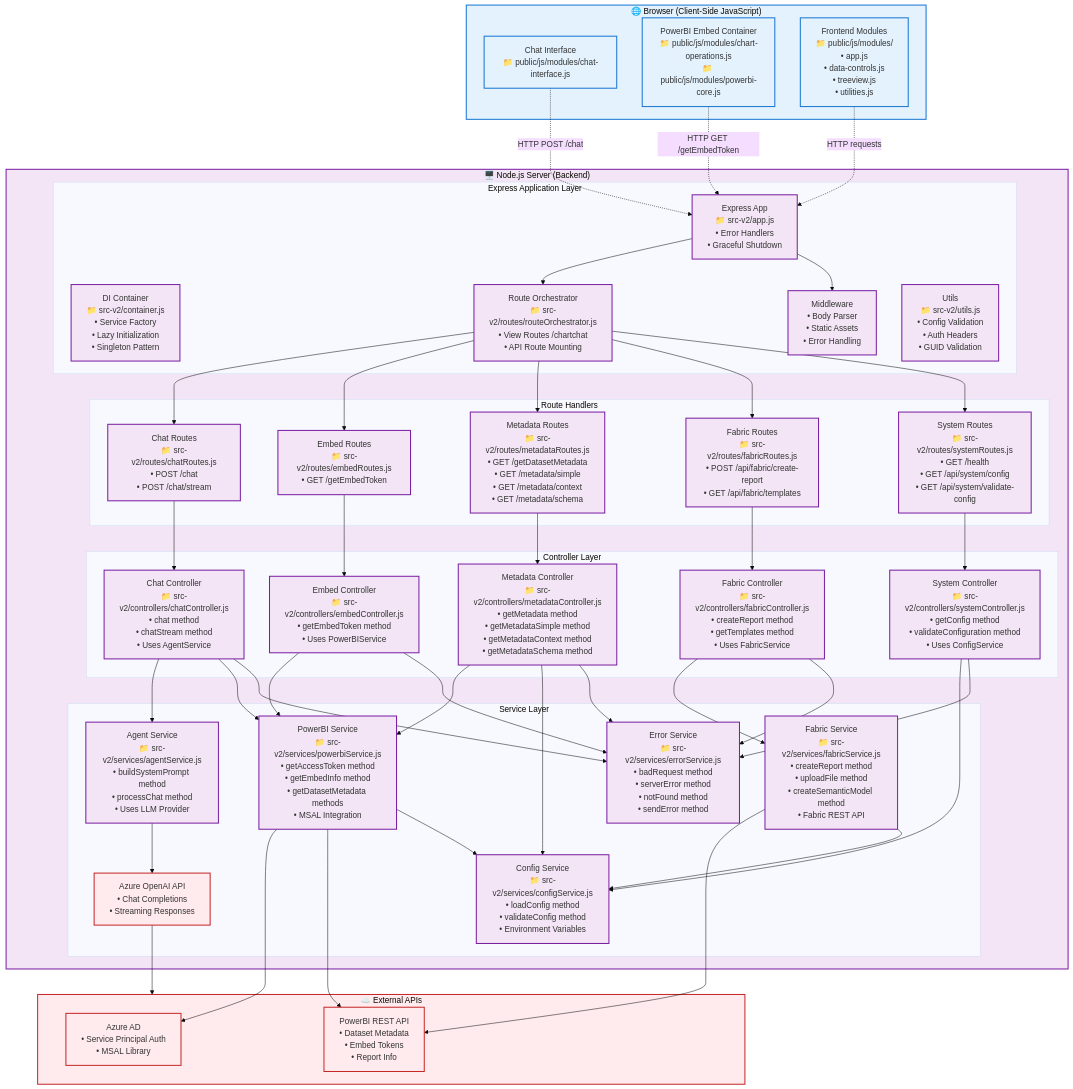
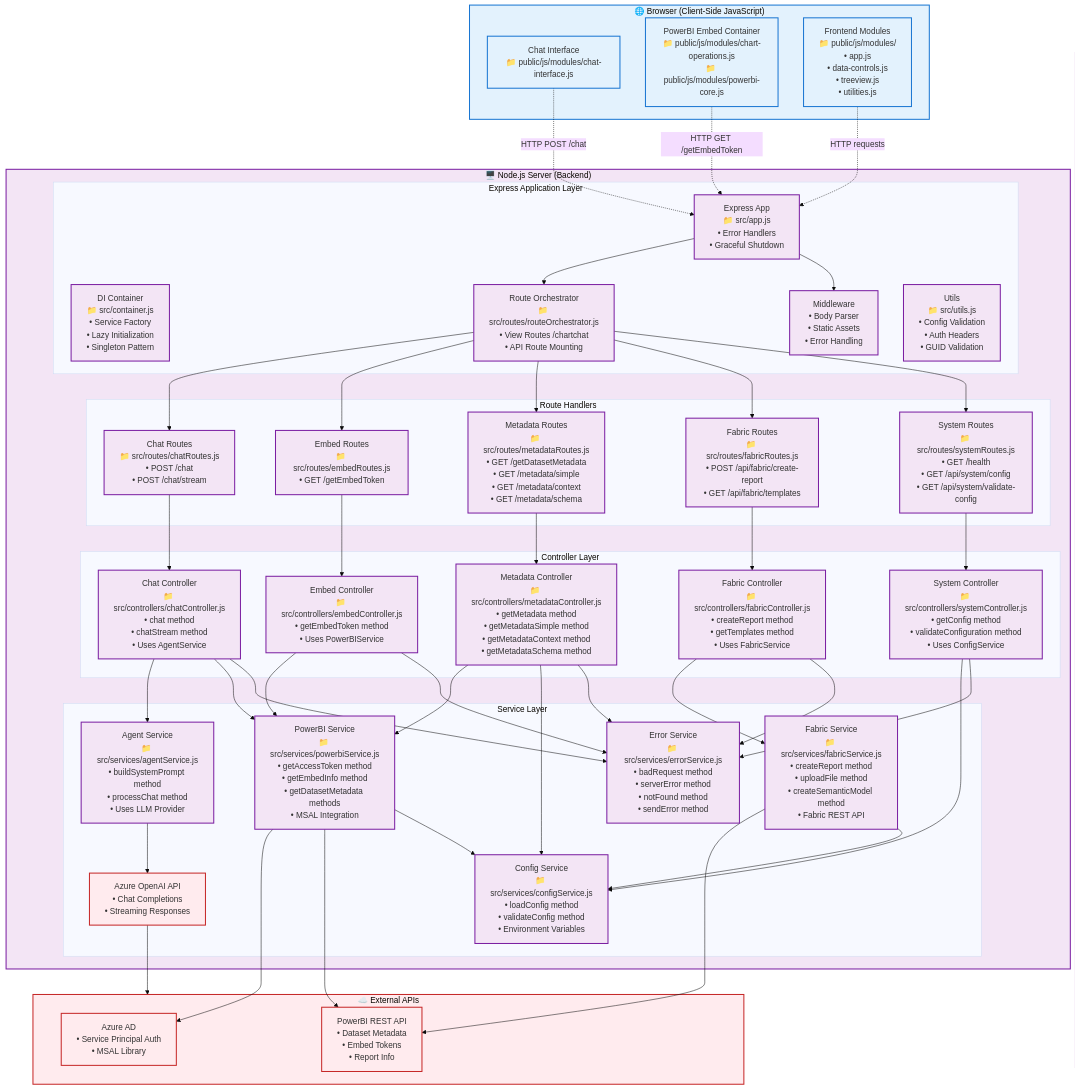
The first of 4 diagrams in ARCHITECTURE.md (markgar/embed-copilot), drawn with Mermaid (base theme) before and after one commit. The commit also changed other lines of this file and 26 other files, not shown here.

```diff
--- a/ARCHITECTURE.md
+++ b/ARCHITECTURE.md
@@ -12,36 +12,36 @@
 
     subgraph NodeServer["🖥️ Node.js Server (Backend)"]
         subgraph "Express Application Layer"
-            App["Express App<br/>📁 src-v2/app.js<br/>• Error Handlers<br/>• Graceful Shutdown"]
-            Container["DI Container<br/>📁 src-v2/container.js<br/>• Service Factory<br/>• Lazy Initialization<br/>• Singleton Pattern"]
-            Routes["Route Orchestrator<br/>📁 src-v2/routes/routeOrchestrator.js<br/>• View Routes /chartchat<br/>• API Route Mounting"]
+            App["Express App<br/>📁 src/app.js<br/>• Error Handlers<br/>• Graceful Shutdown"]
+            Container["DI Container<br/>📁 src/container.js<br/>• Service Factory<br/>• Lazy Initialization<br/>• Singleton Pattern"]
+            Routes["Route Orchestrator<br/>📁 src/routes/routeOrchestrator.js<br/>• View Routes /chartchat<br/>• API Route Mounting"]
             Middleware["Middleware<br/>• Body Parser<br/>• Static Assets<br/>• Error Handling"]
-            Utils["Utils<br/>📁 src-v2/utils.js<br/>• Config Validation<br/>• Auth Headers<br/>• GUID Validation"]
+            Utils["Utils<br/>📁 src/utils.js<br/>• Config Validation<br/>• Auth Headers<br/>• GUID Validation"]
         end
 
         subgraph "Route Handlers"
-            ChatRoutes["Chat Routes<br/>📁 src-v2/routes/chatRoutes.js<br/>• POST /chat<br/>• POST /chat/stream"]
-            EmbedRoutes["Embed Routes<br/>📁 src-v2/routes/embedRoutes.js<br/>• GET /getEmbedToken"]
-            MetaRoutes["Metadata Routes<br/>📁 src-v2/routes/metadataRoutes.js<br/>• GET /getDatasetMetadata<br/>• GET /metadata/simple<br/>• GET /metadata/context<br/>• GET /metadata/schema"]
-            FabricRoutes["Fabric Routes<br/>📁 src-v2/routes/fabricRoutes.js<br/>• POST /api/fabric/create-report<br/>• GET /api/fabric/templates"]
-            SysRoutes["System Routes<br/>📁 src-v2/routes/systemRoutes.js<br/>• GET /health<br/>• GET /api/system/config<br/>• GET /api/system/validate-config"]
+            ChatRoutes["Chat Routes<br/>📁 src/routes/chatRoutes.js<br/>• POST /chat<br/>• POST /chat/stream"]
+            EmbedRoutes["Embed Routes<br/>📁 src/routes/embedRoutes.js<br/>• GET /getEmbedToken"]
+            MetaRoutes["Metadata Routes<br/>📁 src/routes/metadataRoutes.js<br/>• GET /getDatasetMetadata<br/>• GET /metadata/simple<br/>• GET /metadata/context<br/>• GET /metadata/schema"]
+            FabricRoutes["Fabric Routes<br/>📁 src/routes/fabricRoutes.js<br/>• POST /api/fabric/create-report<br/>• GET /api/fabric/templates"]
+            SysRoutes["System Routes<br/>📁 src/routes/systemRoutes.js<br/>• GET /health<br/>• GET /api/system/config<br/>• GET /api/system/validate-config"]
         end
 
         subgraph "Controller Layer"
-            ChatCtrl["Chat Controller<br/>📁 src-v2/controllers/chatController.js<br/>• chat method<br/>• chatStream method<br/>• Uses AgentService"]
-            EmbedCtrl["Embed Controller<br/>📁 src-v2/controllers/embedController.js<br/>• getEmbedToken method<br/>• Uses PowerBIService"]
-            MetaCtrl["Metadata Controller<br/>📁 src-v2/controllers/metadataController.js<br/>• getMetadata method<br/>• getMetadataSimple method<br/>• getMetadataContext method<br/>• getMetadataSchema method"]
-            FabricCtrl["Fabric Controller<br/>📁 src-v2/controllers/fabricController.js<br/>• createReport method<br/>• getTemplates method<br/>• Uses FabricService"]
-            SysCtrl["System Controller<br/>📁 src-v2/controllers/systemController.js<br/>• getConfig method<br/>• validateConfiguration method<br/>• Uses ConfigService"]
+            ChatCtrl["Chat Controller<br/>📁 src/controllers/chatController.js<br/>• chat method<br/>• chatStream method<br/>• Uses AgentService"]
+            EmbedCtrl["Embed Controller<br/>📁 src/controllers/embedController.js<br/>• getEmbedToken method<br/>• Uses PowerBIService"]
+            MetaCtrl["Metadata Controller<br/>📁 src/controllers/metadataController.js<br/>• getMetadata method<br/>• getMetadataSimple method<br/>• getMetadataContext method<br/>• getMetadataSchema method"]
+            FabricCtrl["Fabric Controller<br/>📁 src/controllers/fabricController.js<br/>• createReport method<br/>• getTemplates method<br/>• Uses FabricService"]
+            SysCtrl["System Controller<br/>📁 src/controllers/systemController.js<br/>• getConfig method<br/>• validateConfiguration method<br/>• Uses ConfigService"]
         end
 
         subgraph "Service Layer"
-            Agent["Agent Service<br/>📁 src-v2/services/agentService.js<br/>• buildSystemPrompt method<br/>• processChat method<br/>• Uses LLM Provider"]
-            AzureAI["Azure OpenAI Provider<br/>📁 src-v2/services/azureOpenAIProvider.js<br/>• sendChatRequest method<br/>• sendStreamingRequest method<br/>• HTTP Client Integration"]
-            PowerBI["PowerBI Service<br/>📁 src-v2/services/powerbiService.js<br/>• getAccessToken method<br/>• getEmbedInfo method<br/>• getDatasetMetadata methods<br/>• MSAL Integration"]
-            Fabric["Fabric Service<br/>📁 src-v2/services/fabricService.js<br/>• createReport method<br/>• uploadFile method<br/>• createSemanticModel method<br/>• Fabric REST API"]
-            Config["Config Service<br/>📁 src-v2/services/configService.js<br/>• loadConfig method<br/>• validateConfig method<br/>• Environment Variables"]
-            Error["Error Service<br/>📁 src-v2/services/errorService.js<br/>• badRequest method<br/>• serverError method<br/>• notFound method<br/>• sendError method"]
+            Agent["Agent Service<br/>📁 src/services/agentService.js<br/>• buildSystemPrompt method<br/>• processChat method<br/>• Uses LLM Provider"]
+            AzureAI["Azure OpenAI Provider<br/>📁 src/services/azureOpenAIProvider.js<br/>• sendChatRequest method<br/>• sendStreamingRequest method<br/>• HTTP Client Integration"]
+            PowerBI["PowerBI Service<br/>📁 src/services/powerbiService.js<br/>• getAccessToken method<br/>• getEmbedInfo method<br/>• getDatasetMetadata methods<br/>• MSAL Integration"]
+            Fabric["Fabric Service<br/>📁 src/services/fabricService.js<br/>• createReport method<br/>• uploadFile method<br/>• createSemanticModel method<br/>• Fabric REST API"]
+            Config["Config Service<br/>📁 src/services/configService.js<br/>• loadConfig method<br/>• validateConfig method<br/>• Environment Variables"]
+            Error["Error Service<br/>📁 src/services/errorService.js<br/>• badRequest method<br/>• serverError method<br/>• notFound method<br/>• sendError method"]
         end
     end
 
```
